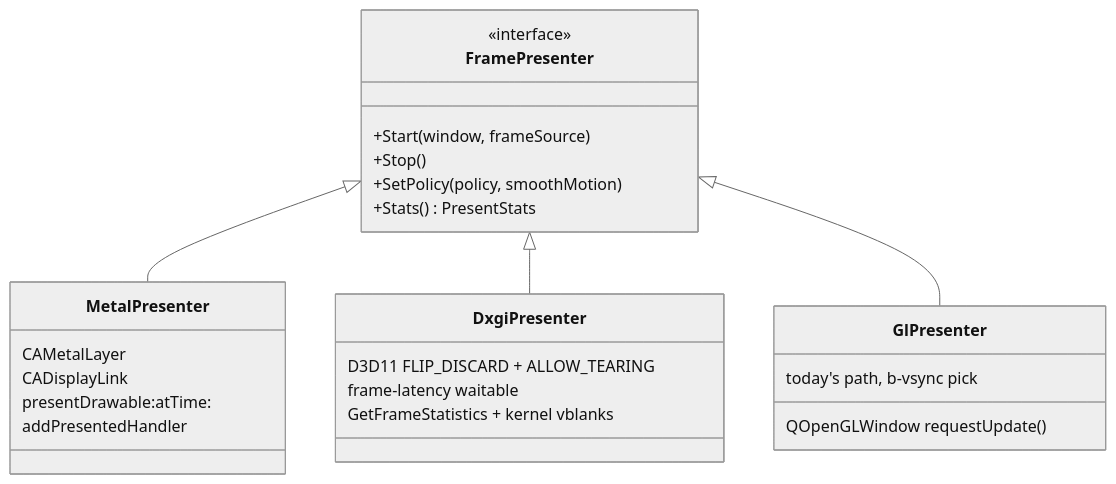
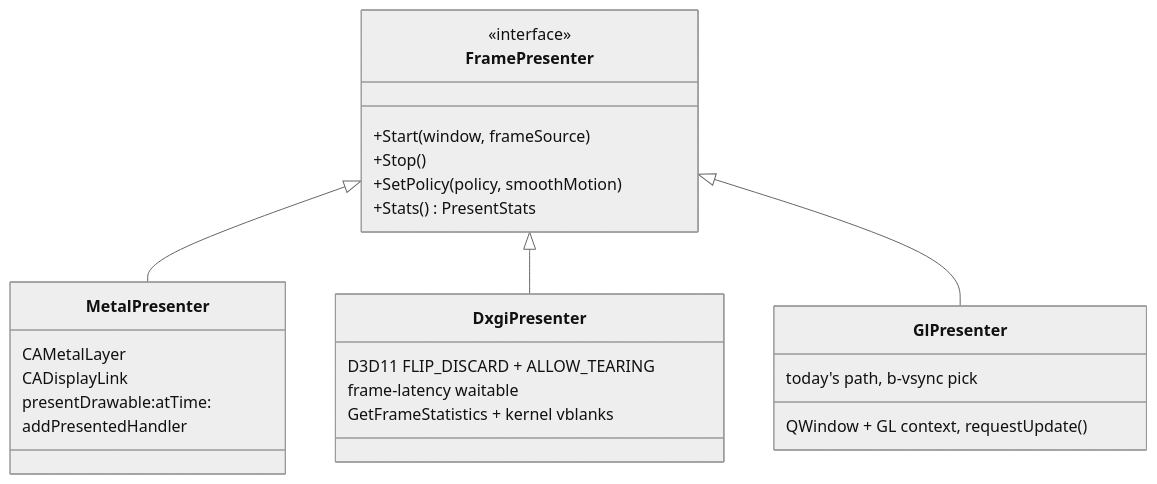
The second of 2 diagrams in docs/inprogress/2026-10-26-frame-presenter/README.md (alfishe/unreal-ng), drawn with Mermaid (neutral theme) before and after one commit. The commit also changed other lines of this file and 34 other files, not shown here.

````diff
--- a/docs/inprogress/2026-10-26-frame-presenter/README.md
+++ b/docs/inprogress/2026-10-26-frame-presenter/README.md
@@ -362,28 +362,28 @@
 ```mermaid
 classDiagram
     class FramePresenter {
         <<interface>>
         +Start(window, frameSource)
         +Stop()
         +SetPolicy(policy, smoothMotion)
         +Stats() PresentStats
     }
     class MetalPresenter {
         CAMetalLayer
         CADisplayLink
         presentDrawable:atTime:
         addPresentedHandler
     }
     class DxgiPresenter {
         D3D11 FLIP_DISCARD + ALLOW_TEARING
         frame-latency waitable
         GetFrameStatistics + kernel vblanks
     }
     class GlPresenter {
-        QOpenGLWindow requestUpdate()
+        QWindow + GL context, requestUpdate()
         today's path, b-vsync pick
     }
     FramePresenter <|-- MetalPresenter
     FramePresenter <|-- DxgiPresenter
     FramePresenter <|-- GlPresenter
 ```
````
